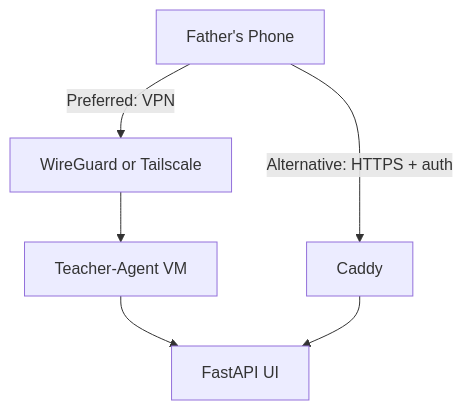
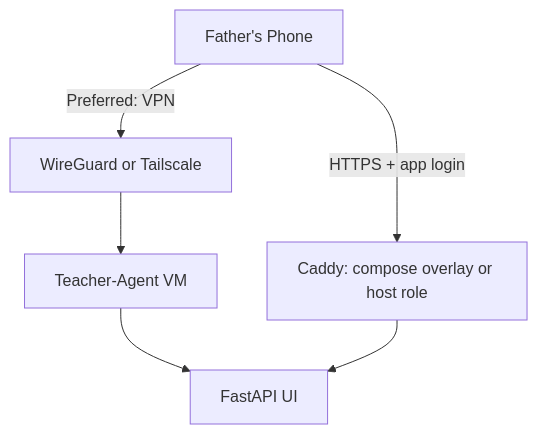
One commit to ninemate/ai-teacher changed the fifth of 7 diagrams in docs/architecture.md. Above: the diagram before and after it, drawn with Mermaid. The commit also changed other lines of this file and 23 other files, not shown here.

````diff
--- a/docs/architecture.md
+++ b/docs/architecture.md
@@ -100,8 +122,8 @@
 ```mermaid
 flowchart TD
   Phone[Father's Phone] -->|Preferred: VPN| VPN[WireGuard or Tailscale]
   VPN --> Host[Teacher-Agent VM]
   Host --> UI[FastAPI UI]
-  Phone -->|Alternative: HTTPS + auth| Caddy[Caddy]
+  Phone -->|HTTPS + app login| Caddy[Caddy: compose overlay or host role]
   Caddy --> UI
 ```
````
